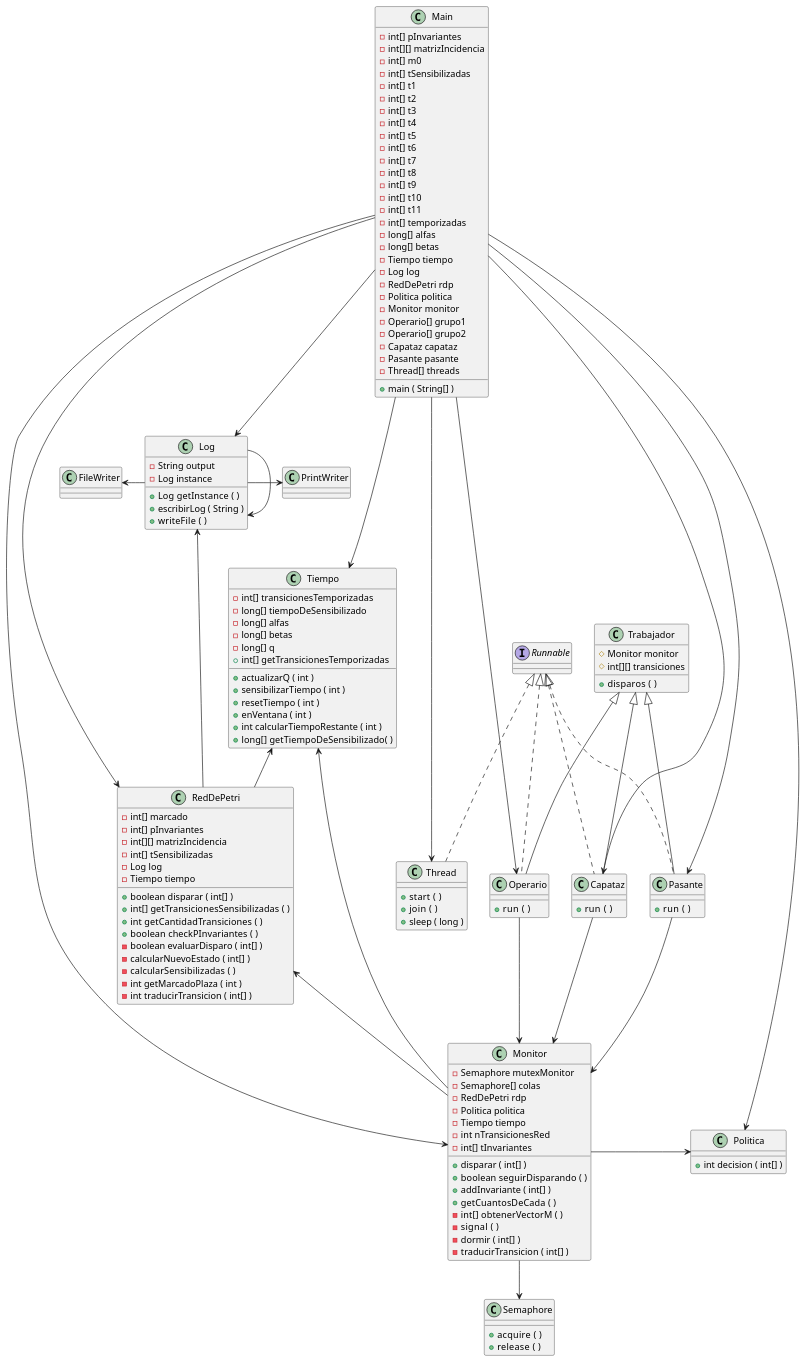
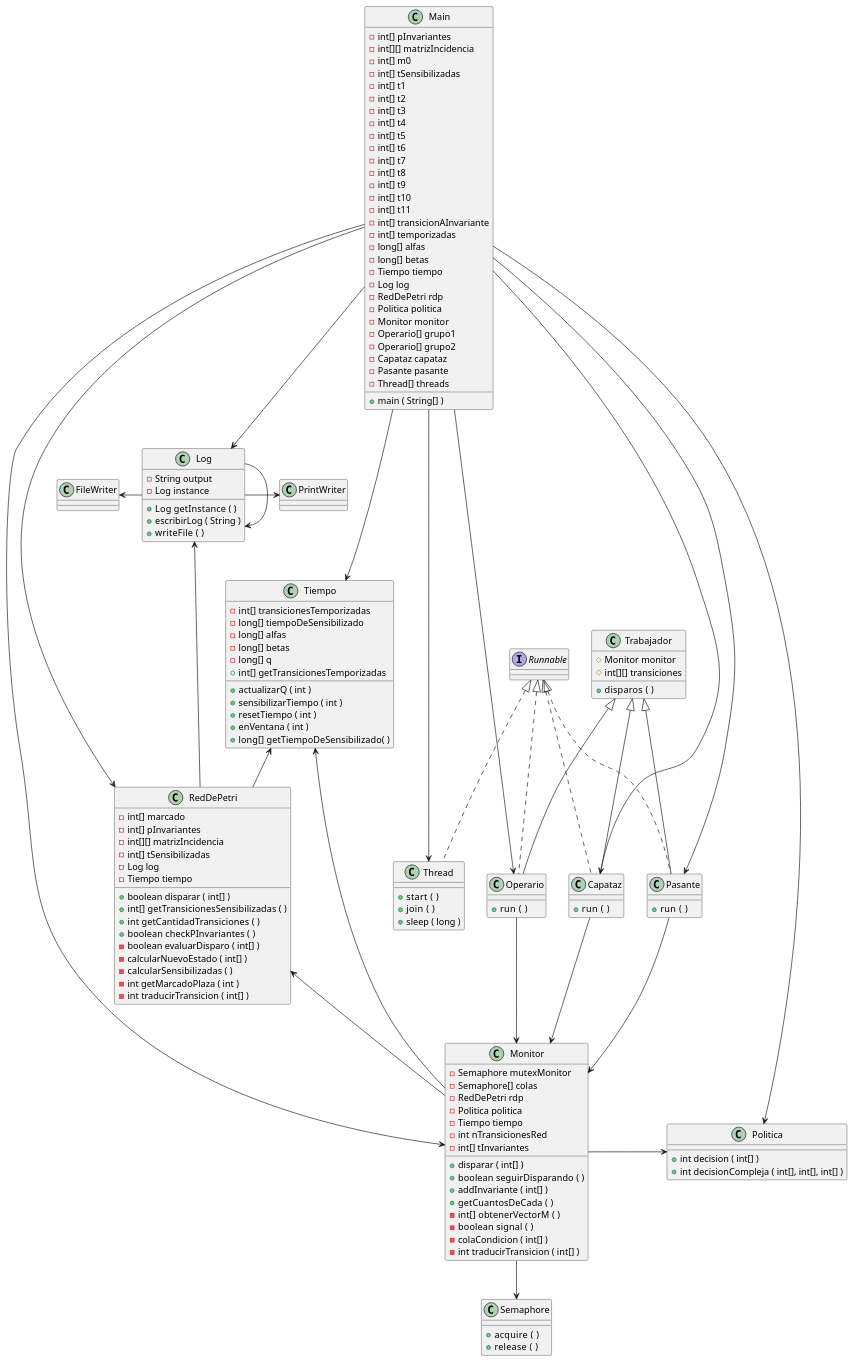
One commit to frandaniele/TP_Concurrente changed the diagram in doc/diagramas/clases.puml. Above: the diagram before and after it, drawn with PlantUML. The commit also changed 1 other file, not shown here.

Commit message:
doc: update diagrams

```diff
--- a/doc/diagramas/clases.puml
+++ b/doc/diagramas/clases.puml
@@ -1,169 +1,169 @@
 @startuml clases
 
 class Trabajador {
     # Monitor monitor
     # int[][] transiciones
     + disparos (  )    
 }
 
 class Capataz {
     + run (  )    
 }
 
 class Pasante {
     + run (  )    
 }
 
 class Operario {
     + run (  )    
 }
 
 class Politica {
     + int decision ( int[] )
+    + int decisionCompleja ( int[], int[], int[] )
 }
 
 class Tiempo {
     - int[] transicionesTemporizadas
     - long[] tiempoDeSensibilizado
     - long[] alfas
     - long[] betas
     - long[] q
     + actualizarQ ( int )
     + sensibilizarTiempo ( int )
     + resetTiempo ( int )
     + enVentana ( int )
-    + int calcularTiempoRestante ( int )
     + int[] getTransicionesTemporizadas
     + long[] getTiempoDeSensibilizado(  )
 }
 
 class Log {
     - String output
     - Log instance
     + Log getInstance (  )
     + escribirLog ( String )
     + writeFile (  )
 }
 
 class RedDePetri {
     - int[] marcado
     - int[] pInvariantes
     - int[][] matrizIncidencia
     - int[] tSensibilizadas
     - Log log
     - Tiempo tiempo
     + boolean disparar ( int[] )
     + int[] getTransicionesSensibilizadas (  )
     + int getCantidadTransiciones (  )
     + boolean checkPInvariantes (  )
     - boolean evaluarDisparo ( int[] )
     - calcularNuevoEstado ( int[] )
     - calcularSensibilizadas (  )
     - int getMarcadoPlaza ( int )
     - int traducirTransicion ( int[] )
-
 }
 
 class Monitor {
     - Semaphore mutexMonitor
     - Semaphore[] colas
     - RedDePetri rdp
     - Politica politica
     - Tiempo tiempo
     - int nTransicionesRed
     - int[] tInvariantes
     + disparar ( int[] )
     + boolean seguirDisparando (  )
     + addInvariante ( int[] )
     + getCuantosDeCada (  )
     - int[] obtenerVectorM (  )
-    - signal (  )
-    - dormir ( int[] )
-    - traducirTransicion ( int[] )
+    - boolean signal (  )
+    - colaCondicion ( int[] )
+    - int traducirTransicion ( int[] )
 }
 
 class Main {
     + main ( String[] )
     - int[] pInvariantes
     - int[][] matrizIncidencia
     - int[] m0
     - int[] tSensibilizadas
     - int[] t1
     - int[] t2
     - int[] t3
     - int[] t4
     - int[] t5
     - int[] t6
     - int[] t7
     - int[] t8
     - int[] t9
     - int[] t10
     - int[] t11
+    - int[] transicionAInvariante
     - int[] temporizadas
     - long[] alfas
     - long[] betas
     - Tiempo tiempo
     - Log log
     - RedDePetri rdp
     - Politica politica
     - Monitor monitor
     - Operario[] grupo1
     - Operario[] grupo2
     - Capataz capataz
     - Pasante pasante
     - Thread[] threads
 }
 
 class Semaphore {
     + acquire (  )
     + release (  )
 }
 
 class Thread {
     + start (  )
     + join (  )
     + sleep ( long )
 }
 
 interface Runnable
 
 class FileWriter
 
 class PrintWriter
 
 Monitor --> Semaphore
 RedDePetri <- Monitor
 Monitor -> Politica
 
 Runnable <|-. Capataz
 Runnable <|-. Operario
 Runnable <|-. Pasante
 Runnable <|-. Thread
 
 Trabajador <|-- Capataz
 Trabajador <|-- Operario
 Trabajador <|-- Pasante
 
 Capataz --> Monitor
 Pasante --> Monitor
 Operario --> Monitor
 
 Main --> Tiempo
 Main --> Log
 Main ----> Capataz
 Main ----> Operario
 Main ----> Pasante
 Main ----> Thread
 Main ----> RedDePetri
 Main ----> Politica
 Main -----> Monitor
 
 Tiempo <-- Monitor
 Tiempo <-- RedDePetri
 
 Log --> Log
 FileWriter <- Log
 Log -> PrintWriter
 Log <-- RedDePetri
 
 @enduml
```
